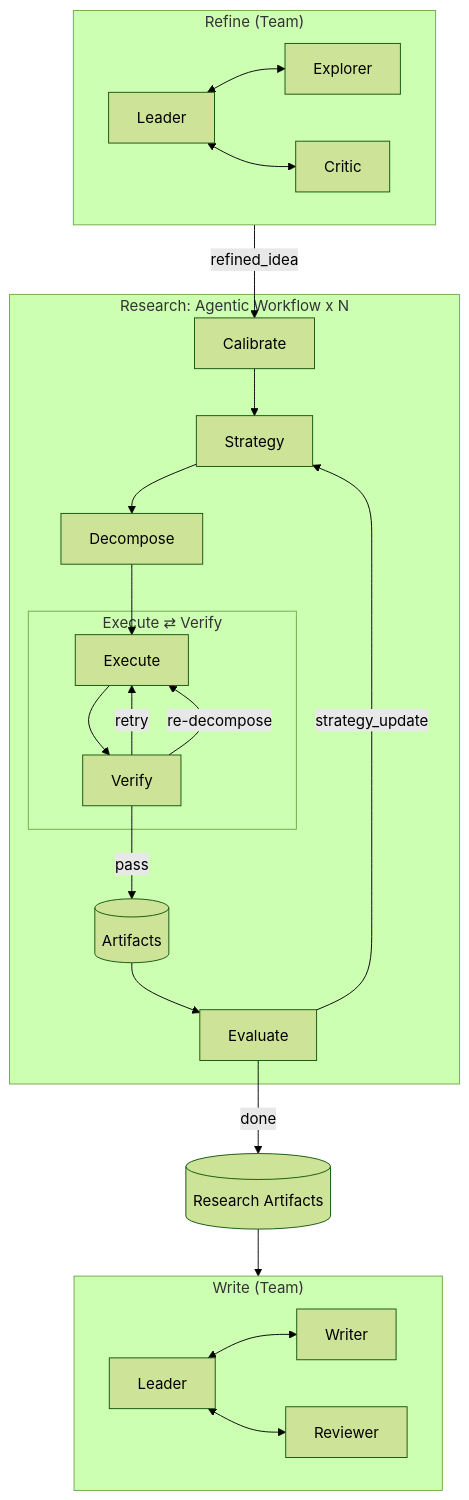
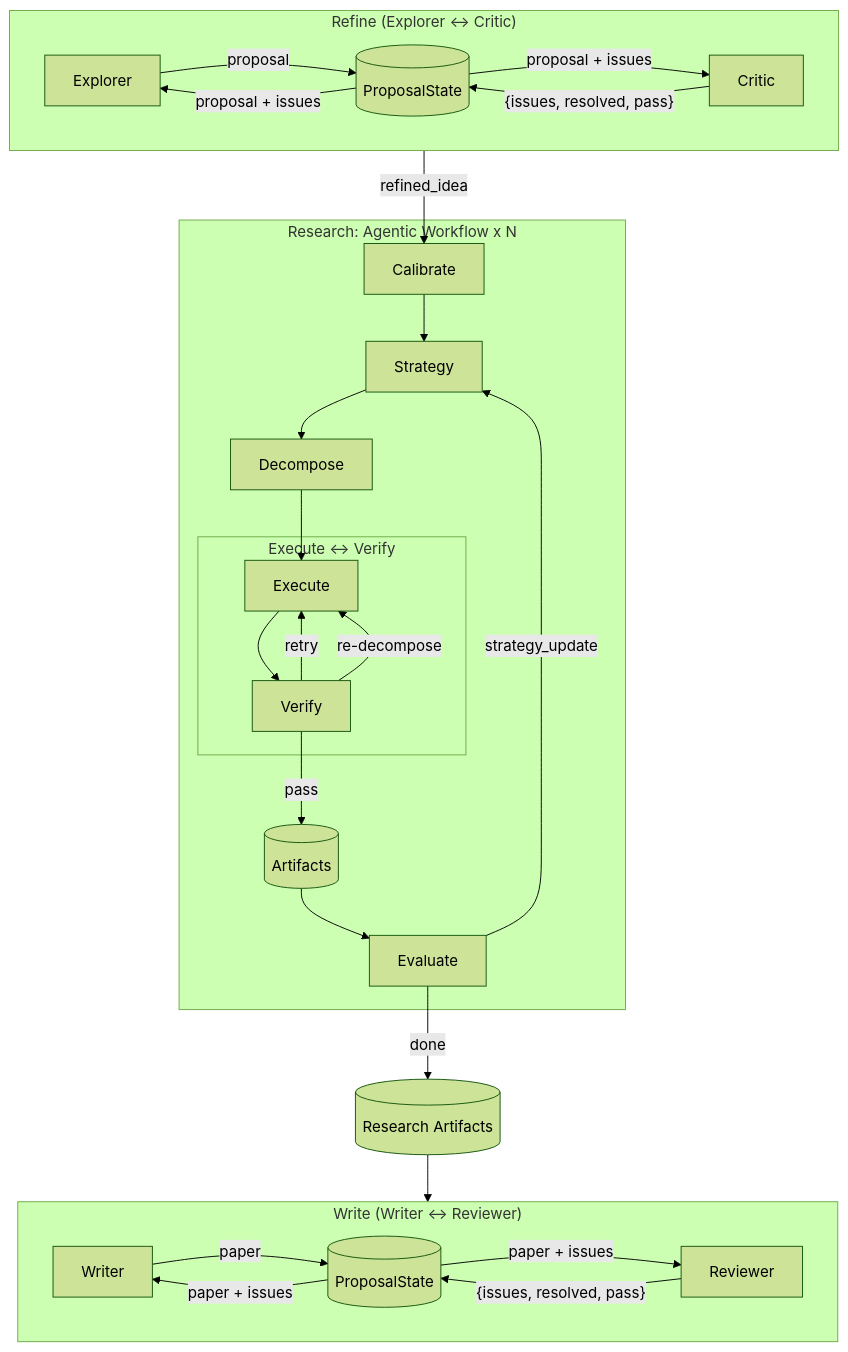
The diagram in docs/CN/architecture.md (dozybot001/MAARS), drawn with Mermaid (forest theme) before and after one commit. The commit also changed other lines of this file and 9 other files, not shown here.

First line of the commit message:
feat: replace Agno Team with custom orchestration loop + ProposalState

````diff
--- a/docs/CN/architecture.md
+++ b/docs/CN/architecture.md
@@ -35,33 +35,37 @@
 ```mermaid
 flowchart TB
-    subgraph Refine ["Refine (Team)"]
-        RL[Leader] <--> RE[Explorer]
-        RL <--> RC[Critic]
+    subgraph Refine ["Refine (Explorer <-> Critic)"]
+        RE[Explorer] -- "proposal" --> PS[(ProposalState)]
+        PS -- "proposal + issues" --> RC[Critic]
+        RC -- "{issues, resolved, pass}" --> PS
+        PS -- "proposal + issues" --> RE
     end
 
     Refine -- "refined_idea" --> Calibrate
 
     subgraph Research ["Research: Agentic Workflow x N"]
         Calibrate --> Strategy
         Strategy --> D1["Decompose"]
         D1 --> Execute
 
-        subgraph Loop ["Execute ⇄ Verify"]
+        subgraph Loop ["Execute <-> Verify"]
             Execute --> Verify
             Verify -- "retry" --> Execute
             Verify -- "re-decompose" --> Execute
         end
 
         Verify -- "pass" --> Artifacts[(Artifacts)]
         Artifacts --> Evaluate
         Evaluate -- "strategy_update" --> Strategy
     end
 
     Evaluate -- "done" --> RArt[(Research Artifacts)]
     RArt --> Write
 
-    subgraph Write ["Write (Team)"]
-        WL[Leader] <--> WW[Writer]
-        WL <--> WR[Reviewer]
+    subgraph Write ["Write (Writer <-> Reviewer)"]
+        WW[Writer] -- "paper" --> WPS[(ProposalState)]
+        WPS -- "paper + issues" --> WR[Reviewer]
+        WR -- "{issues, resolved, pass}" --> WPS
+        WPS -- "paper + issues" --> WW
     end
 ```
````
